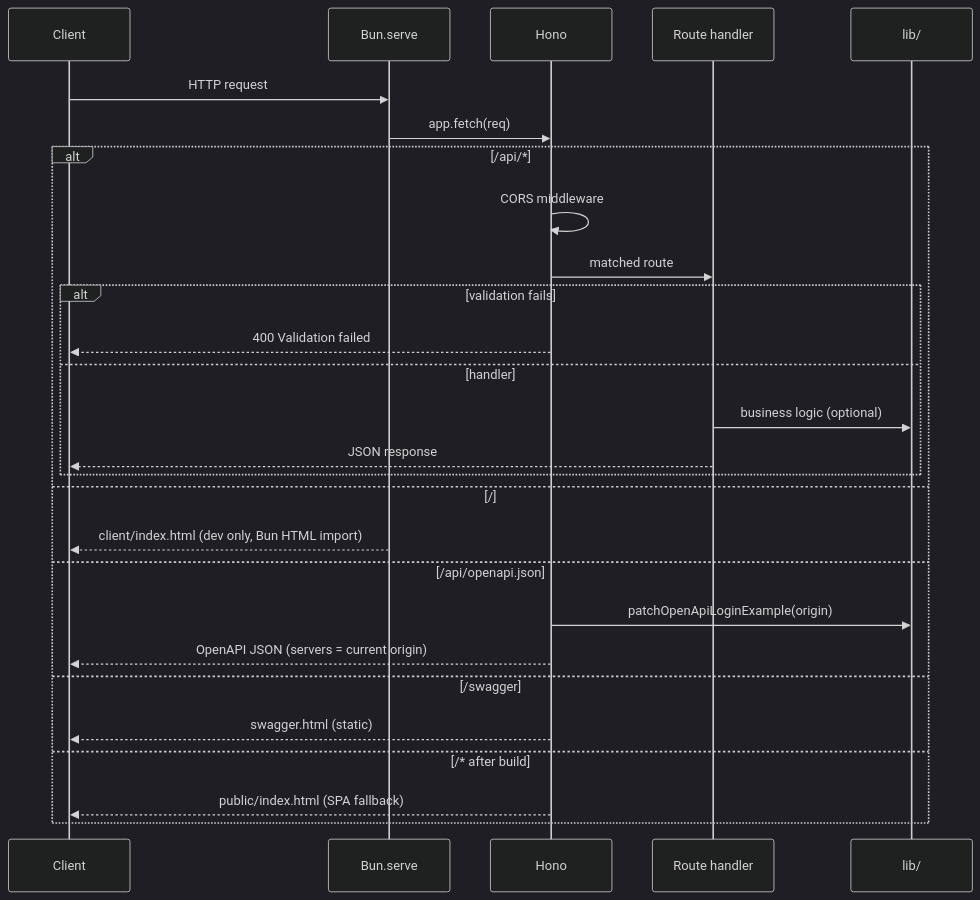
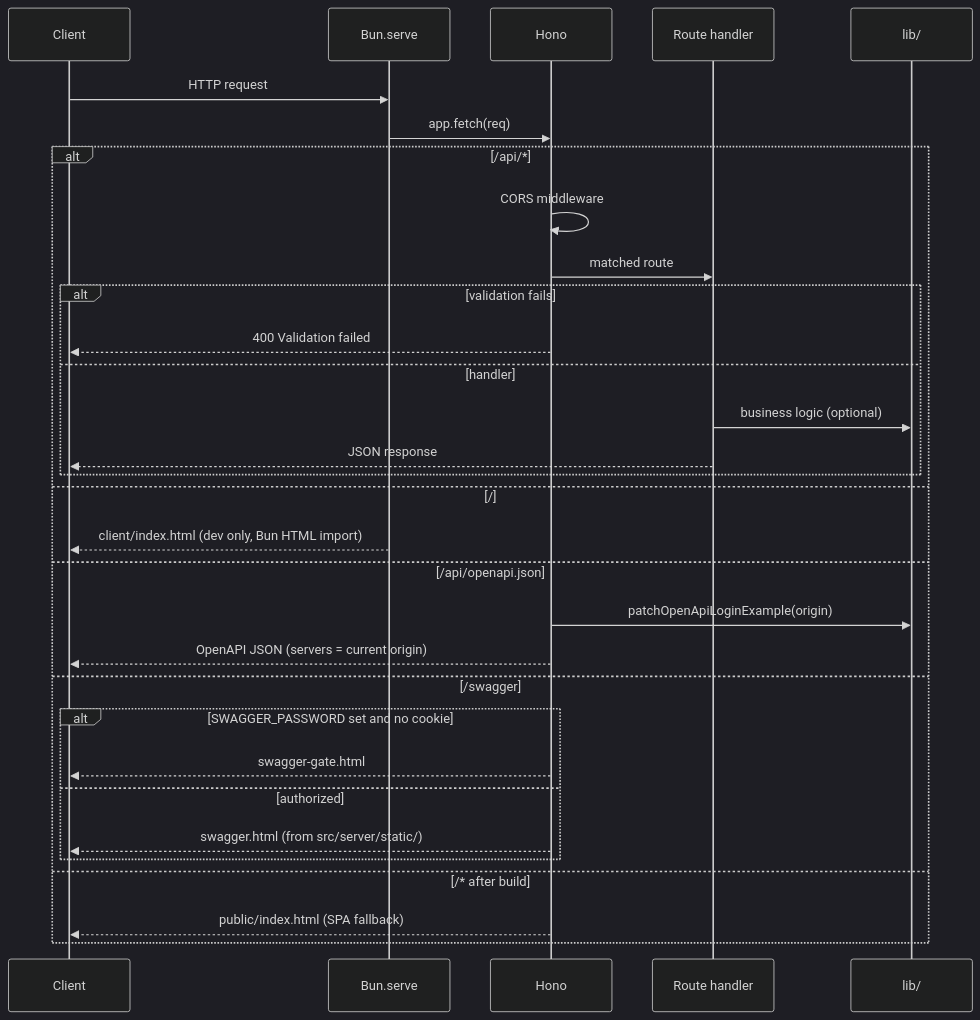
Before and after one commit to EthanOK/ethan-dapp-server: the second of 7 diagrams in develop/architecture.md, drawn with Mermaid (dark theme). The commit also changed other lines of this file and 3 other files, not shown here.

First line of the commit message:
docs: sync Swagger gate, static serving, and Render setup

````diff
--- a/develop/architecture.md
+++ b/develop/architecture.md
@@ -64,30 +64,34 @@
 ```mermaid
 sequenceDiagram
   participant C as Client
   participant B as Bun.serve
   participant H as Hono
   participant R as Route handler
   participant L as lib/
 
   C->>B: HTTP request
   B->>H: app.fetch(req)
   alt /api/*
     H->>H: CORS middleware
     H->>R: matched route
     alt validation fails
       H-->>C: 400 Validation failed
     else handler
       R->>L: business logic (optional)
       R-->>C: JSON response
     end
   else /
     B-->>C: client/index.html (dev only, Bun HTML import)
   else /api/openapi.json
     H->>L: patchOpenApiLoginExample(origin)
     H-->>C: OpenAPI JSON (servers = current origin)
   else /swagger
-    H-->>C: swagger.html (static)
+    alt SWAGGER_PASSWORD set and no cookie
+      H-->>C: swagger-gate.html
+    else authorized
+      H-->>C: swagger.html (from src/server/static/)
+    end
   else /* after build
     H-->>C: public/index.html (SPA fallback)
   end
 ```
````
